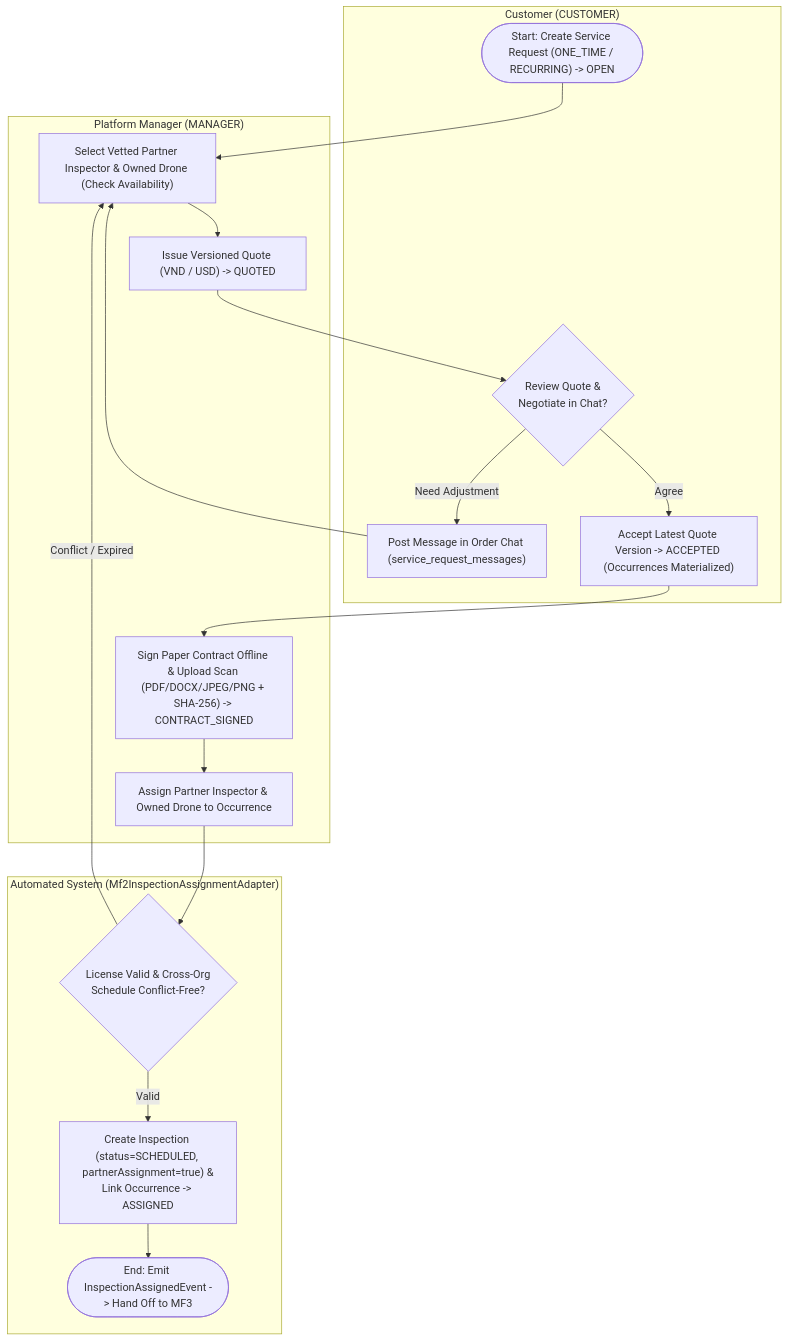
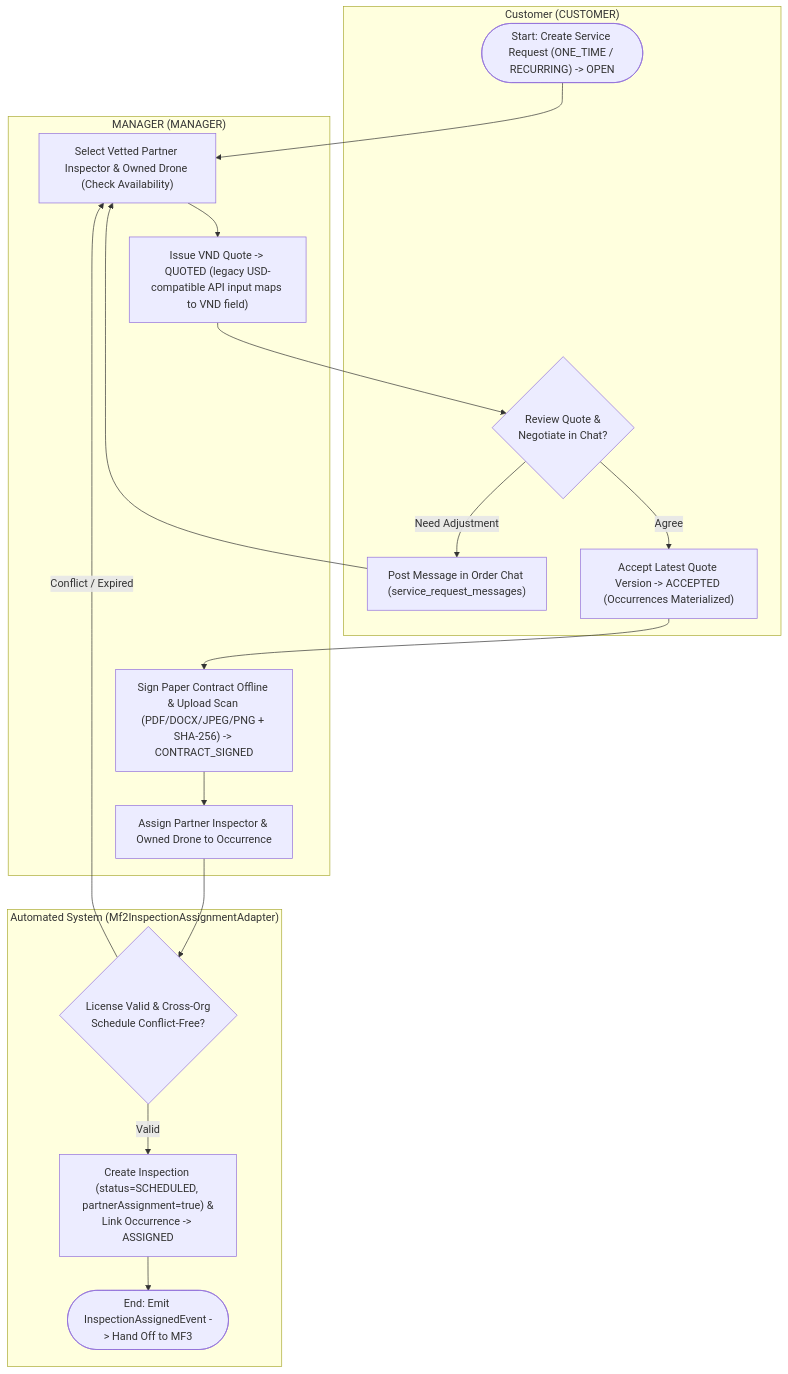
Before and after one commit to tungbach12/SmartDroneInspection-Docs: diagram 11 of 23 in reports/report-4-software-design-document/03-detailed-design.md, drawn with Mermaid. The commit also changed other lines of this file and 30 other files, not shown here.

````diff
--- a/reports/report-4-software-design-document/03-detailed-design.md
+++ b/reports/report-4-software-design-document/03-detailed-design.md
@@ -462,29 +527,29 @@
 ```mermaid
 %% title: WF-02 Activity Diagram - Service Request, Quote, Signed Contract and Partner Dispatch
 flowchart TD
   subgraph CU2["Customer (CUSTOMER)"]
     B1(["Start: Create Service Request (ONE_TIME / RECURRING) -> OPEN"])
     B4{"Review Quote &\nNegotiate in Chat?"}
     B5["Post Message in Order Chat (service_request_messages)"]
     B6["Accept Latest Quote Version -> ACCEPTED (Occurrences Materialized)"]
   end
 
-  subgraph MG2["Platform Manager (MANAGER)"]
+  subgraph MG2["MANAGER (MANAGER)"]
     B2["Select Vetted Partner Inspector & Owned Drone (Check Availability)"]
-    B3["Issue Versioned Quote (VND / USD) -> QUOTED"]
+    B3["Issue VND Quote -> QUOTED (legacy USD-compatible API input maps to VND field)"]
     B7["Sign Paper Contract Offline & Upload Scan (PDF/DOCX/JPEG/PNG + SHA-256) -> CONTRACT_SIGNED"]
     B8["Assign Partner Inspector & Owned Drone to Occurrence"]
   end
 
   subgraph SYS2["Automated System (Mf2InspectionAssignmentAdapter)"]
     B9{"License Valid & Cross-Org\nSchedule Conflict-Free?"}
     B10["Create Inspection (status=SCHEDULED, partnerAssignment=true) &\nLink Occurrence -> ASSIGNED"]
     B11(["End: Emit InspectionAssignedEvent -> Hand Off to MF3"])
   end
 
   B1 --> B2 --> B3 --> B4
   B4 -->|"Need Adjustment"| B5 --> B2
   B4 -->|"Agree"| B6 --> B7 --> B8 --> B9
   B9 -->|"Conflict / Expired"| B2
   B9 -->|"Valid"| B10 --> B11
 ```
````
